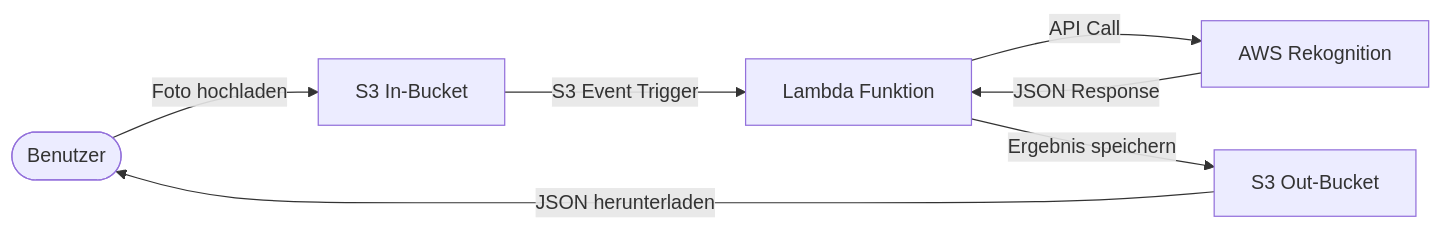
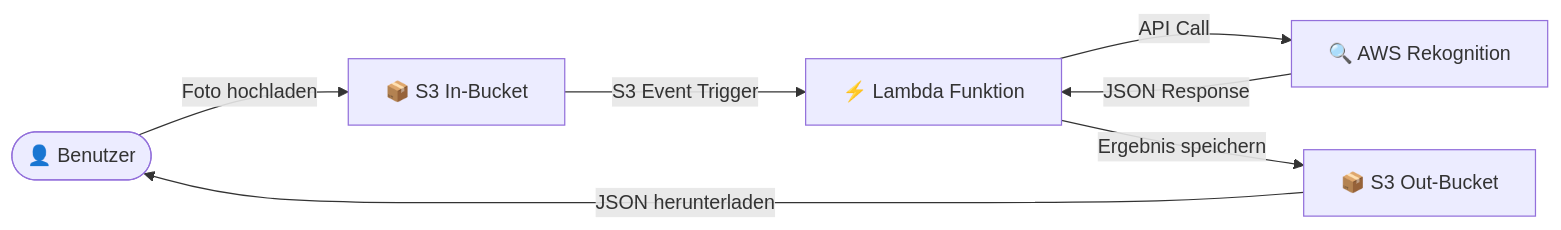
Before and after one commit to Lars-007/Projekt_346: the diagram in README.md, drawn with Mermaid. The commit also changed other lines of this file and 1 other file, not shown here.

````diff
--- a/README.md
+++ b/README.md
@@ -38,9 +59,9 @@
 ```mermaid
 flowchart LR
-    User(["Benutzer"]) -->|Foto hochladen| S3In["S3 In-Bucket"]
-    S3In -->|S3 Event Trigger| Lambda["Lambda Funktion"]
-    Lambda -->|API Call| Rekognition["AWS Rekognition"]
+    User(["👤 Benutzer"]) -->|Foto hochladen| S3In["📦 S3 In-Bucket"]
+    S3In -->|S3 Event Trigger| Lambda["⚡ Lambda Funktion"]
+    Lambda -->|API Call| Rekognition["🔍 AWS Rekognition"]
     Rekognition -->|JSON Response| Lambda
-    Lambda -->|Ergebnis speichern| S3Out["S3 Out-Bucket"]
+    Lambda -->|Ergebnis speichern| S3Out["📦 S3 Out-Bucket"]
     S3Out -->|JSON herunterladen| User
 ```
````
